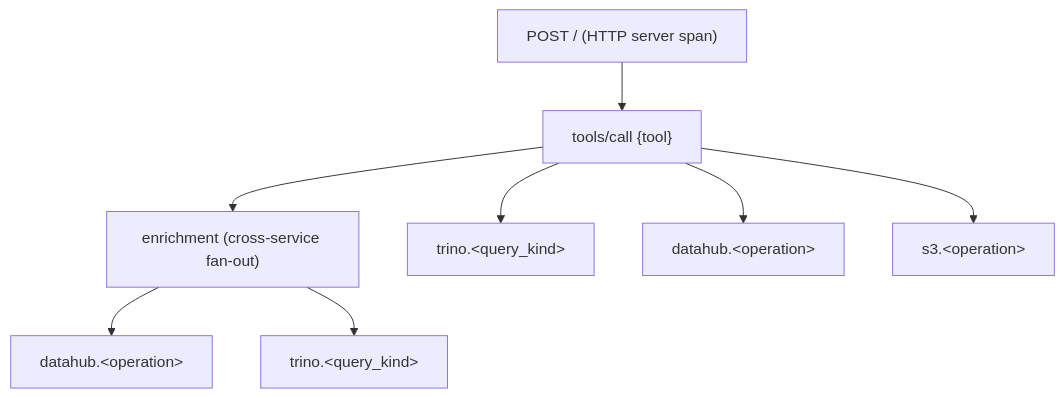
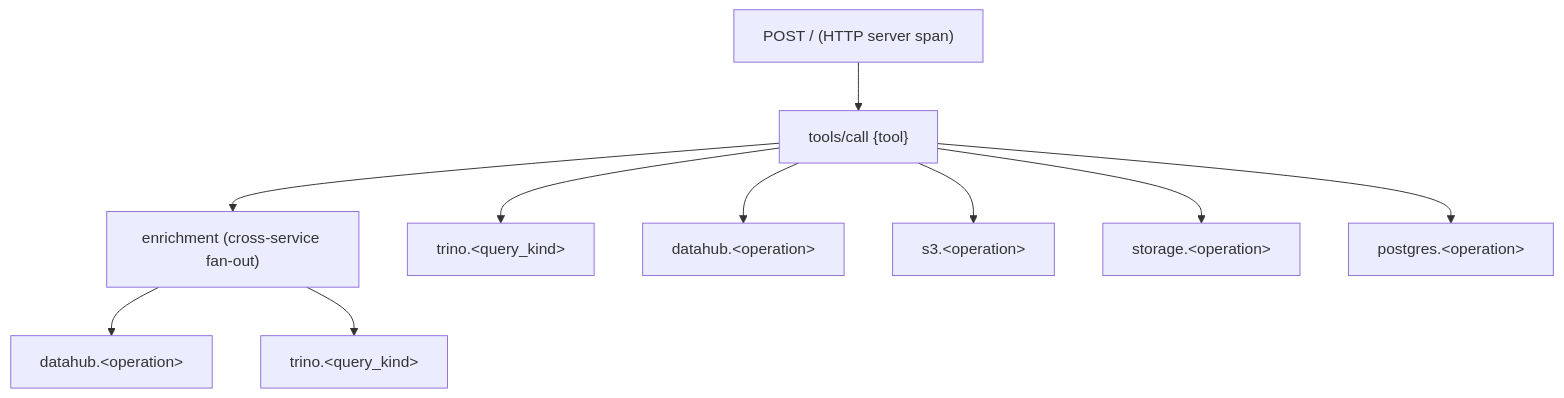
The diagram in docs/server/observability.md (txn2/mcp-data-platform), drawn with Mermaid before and after one commit. The commit also changed other lines of this file and 234 other files, not shown here.

````diff
--- a/docs/server/observability.md
+++ b/docs/server/observability.md
@@ -803,10 +1146,12 @@
 ```mermaid
 graph TD
     HTTP["POST / (HTTP server span)"] --> Root["tools/call {tool}"]
     Root --> Enrich["enrichment (cross-service fan-out)"]
     Root --> Trino["trino.&lt;query_kind&gt;"]
     Root --> DataHub["datahub.&lt;operation&gt;"]
     Root --> S3["s3.&lt;operation&gt;"]
+    Root --> Storage["storage.&lt;operation&gt;"]
+    Root --> PG["postgres.&lt;operation&gt;"]
     Enrich --> DataHubE["datahub.&lt;operation&gt;"]
     Enrich --> TrinoE["trino.&lt;query_kind&gt;"]
 ```
````
